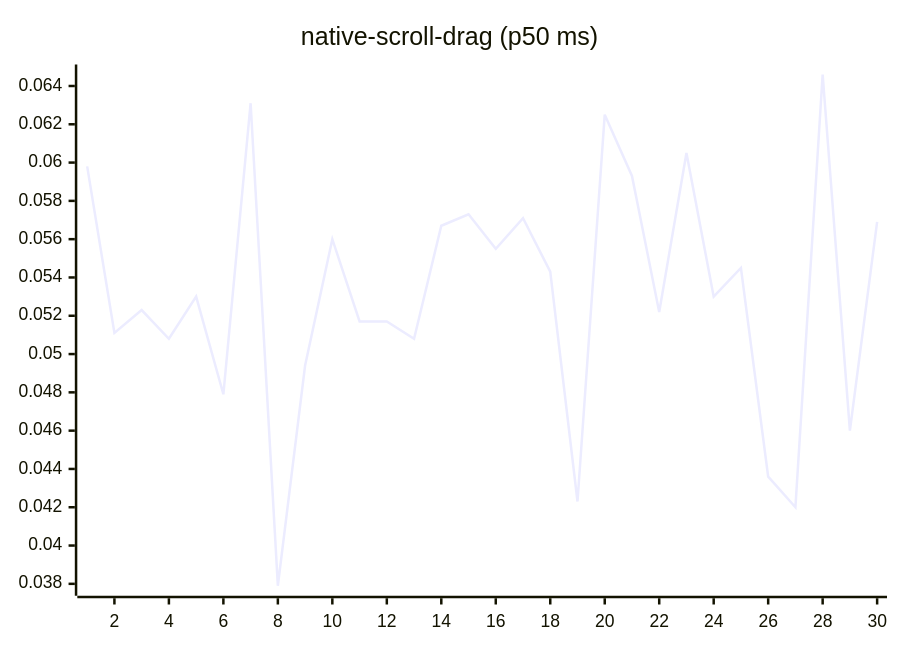
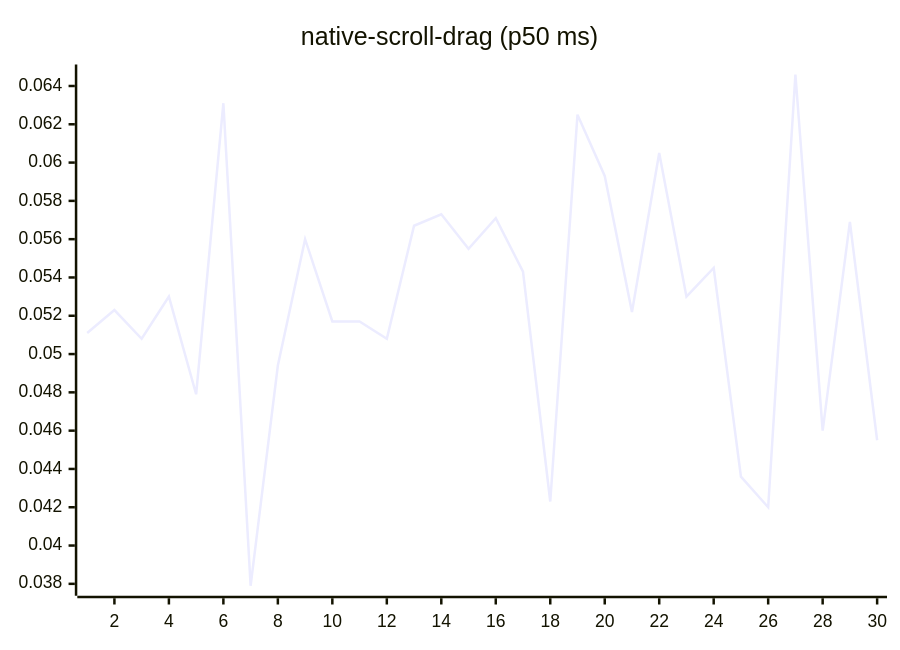
Diagram 14 of 27 in README.md (josha/Facet), drawn with Mermaid before and after one commit. The commit also changed other lines of this file and 2 other files, not shown here.

````diff
--- a/README.md
+++ b/README.md
@@ -154,6 +154,6 @@
 ```mermaid
 xychart-beta
     title "native-scroll-drag (p50 ms)"
     x-axis 1 --> 30
-    line [0.0598, 0.0511, 0.0523, 0.0508, 0.0530, 0.0479, 0.0631, 0.0379, 0.0494, 0.0560, 0.0517, 0.0517, 0.0508, 0.0567, 0.0573, 0.0555, 0.0571, 0.0543, 0.0423, 0.0625, 0.0593, 0.0522, 0.0605, 0.0530, 0.0545, 0.0436, 0.0420, 0.0646, 0.0460, 0.0569]
+    line [0.0511, 0.0523, 0.0508, 0.0530, 0.0479, 0.0631, 0.0379, 0.0494, 0.0560, 0.0517, 0.0517, 0.0508, 0.0567, 0.0573, 0.0555, 0.0571, 0.0543, 0.0423, 0.0625, 0.0593, 0.0522, 0.0605, 0.0530, 0.0545, 0.0436, 0.0420, 0.0646, 0.0460, 0.0569, 0.0455]
 ```
````
